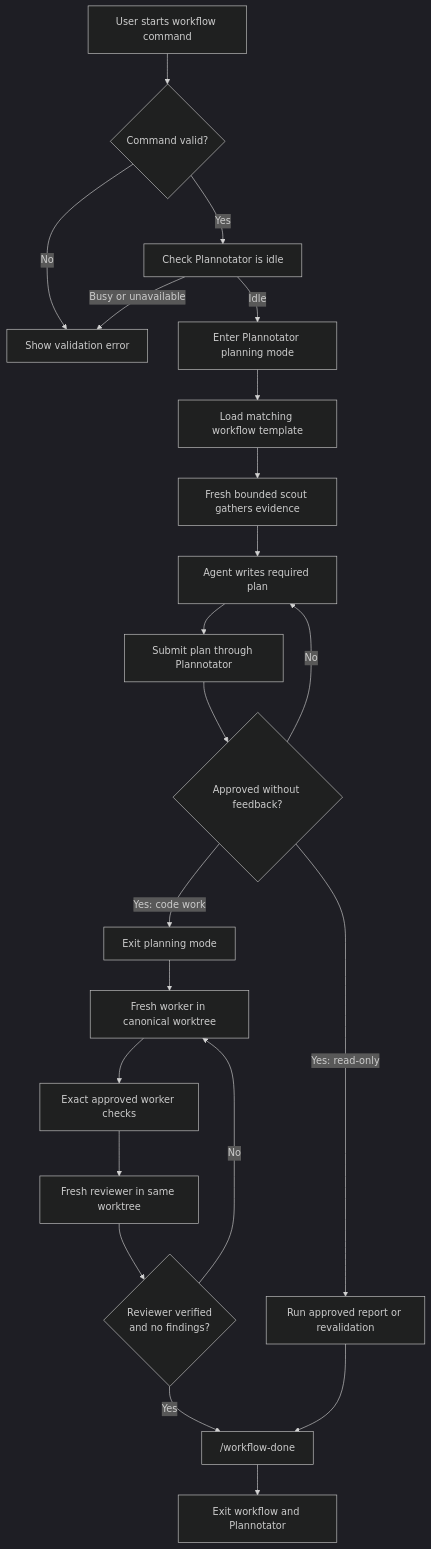
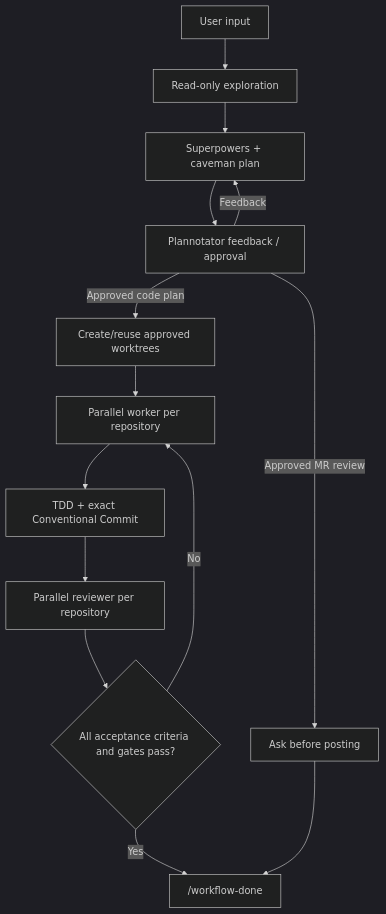
The diagram in .pi/README.md (wichayutdew/dotfiles-macos), drawn with Mermaid (dark theme) before and after one commit. The commit also changed other lines of this file and 10 other files, not shown here.

````diff
--- a/.pi/README.md
+++ b/.pi/README.md
@@ -3,24 +16,16 @@
 ```mermaid
 flowchart TD
-    U["User starts workflow command"] --> C{"Command valid?"}
-    C -->|"No"| N["Show validation error"]
-    C -->|"Yes"| P["Check Plannotator is idle"]
-    P -->|"Busy or unavailable"| N
-    P -->|"Idle"| E["Enter Plannotator planning mode"]
-    E --> R["Load matching workflow template"]
-    R --> S["Fresh bounded scout gathers evidence"]
-    S --> D["Agent writes required plan"]
-    D --> A["Submit plan through Plannotator"]
-    A --> F{"Approved without feedback?"}
-    F -->|"No"| D
-    F -->|"Yes: read-only"| V["Run approved report or revalidation"]
-    F -->|"Yes: code work"| W["Exit planning mode"]
-    W --> I["Fresh worker in canonical worktree"]
-    I --> G["Exact approved worker checks"]
-    G --> Q["Fresh reviewer in same worktree"]
-    Q --> H{"Reviewer verified<br/>and no findings?"}
-    H -->|"No"| I
-    H -->|"Yes"| X["/workflow-done"]
-    V --> X
-    X --> Z["Exit workflow and Plannotator"]
+    I["User input"] --> E["Read-only exploration"]
+    E --> P["Superpowers + caveman plan"]
+    P --> A["Plannotator feedback / approval"]
+    A -->|"Feedback"| P
+    A -->|"Approved code plan"| T["Create/reuse approved worktrees"]
+    T --> W["Parallel worker per repository"]
+    W --> C["TDD + exact Conventional Commit"]
+    C --> R["Parallel reviewer per repository"]
+    R --> D{"All acceptance criteria and gates pass?"}
+    D -->|"No"| W
+    D -->|"Yes"| X["/workflow-done"]
+    A -->|"Approved MR review"| Q["Ask before posting"]
+    Q --> X
 ```
````
